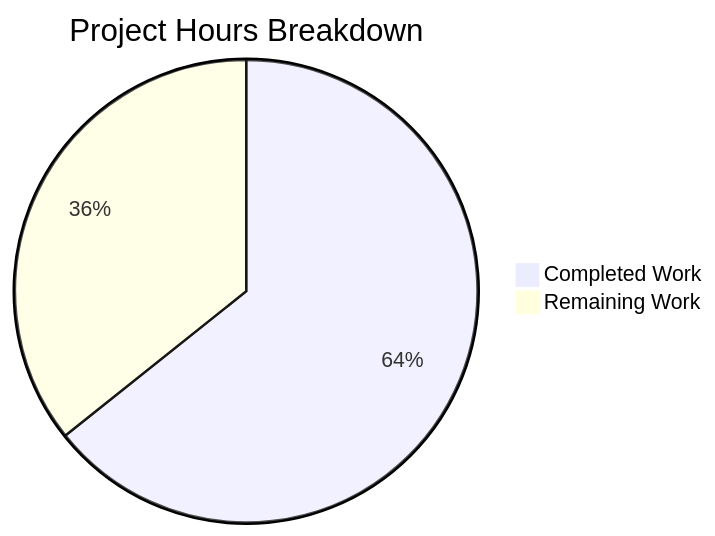
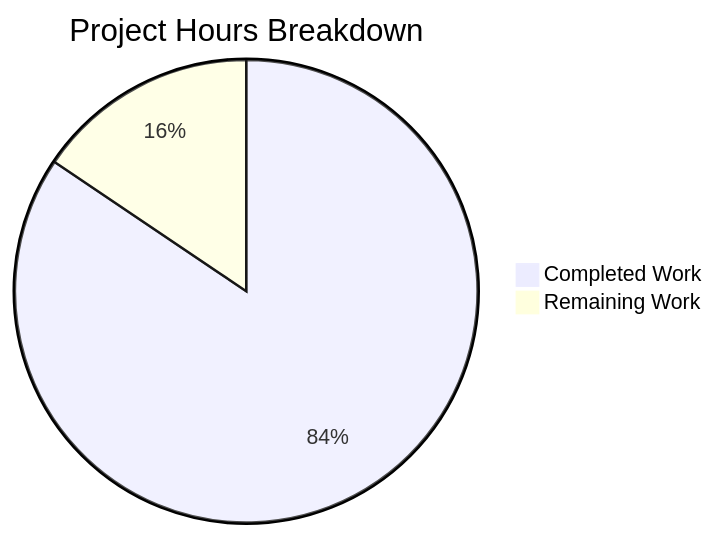
One commit to blitzy-public-samples/blitzy-weekend-planner-ai-agent changed the second of 3 diagrams in blitzy/documentation/Project Guide.md. Above: the diagram before and after it, drawn with Mermaid. The commit also changed other lines of this file, not shown here.

Commit message:
Adding Blitzy Project Guide: Project Status and Human Tasks Remaining

````diff
--- a/blitzy/documentation/Project Guide.md
+++ b/blitzy/documentation/Project Guide.md
@@ -37,5 +185,5 @@
 ```mermaid
 pie title Project Hours Breakdown
-    "Completed Work" : 9
-    "Remaining Work" : 5
+    "Completed Work" : 38
+    "Remaining Work" : 7
 ```
````
